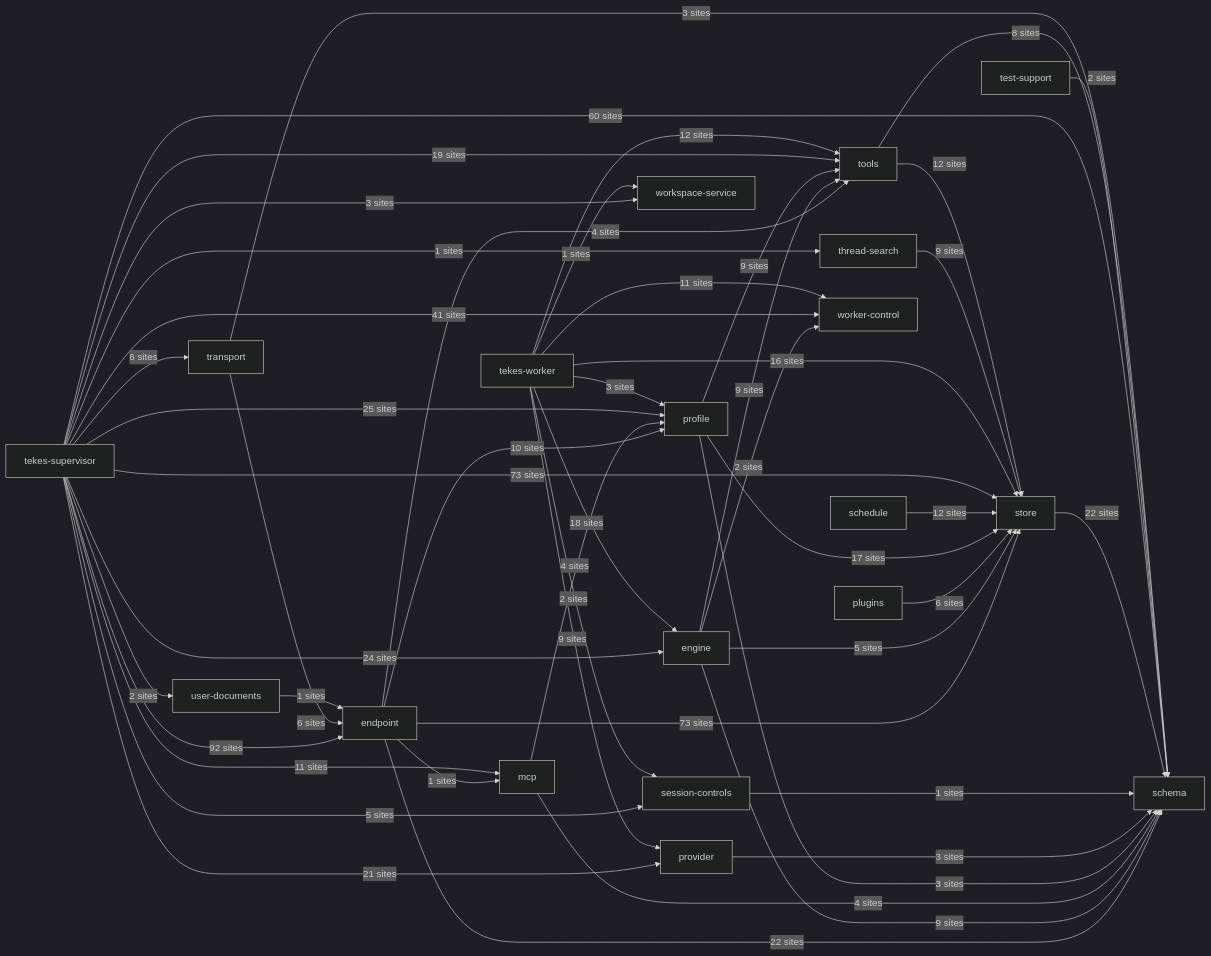
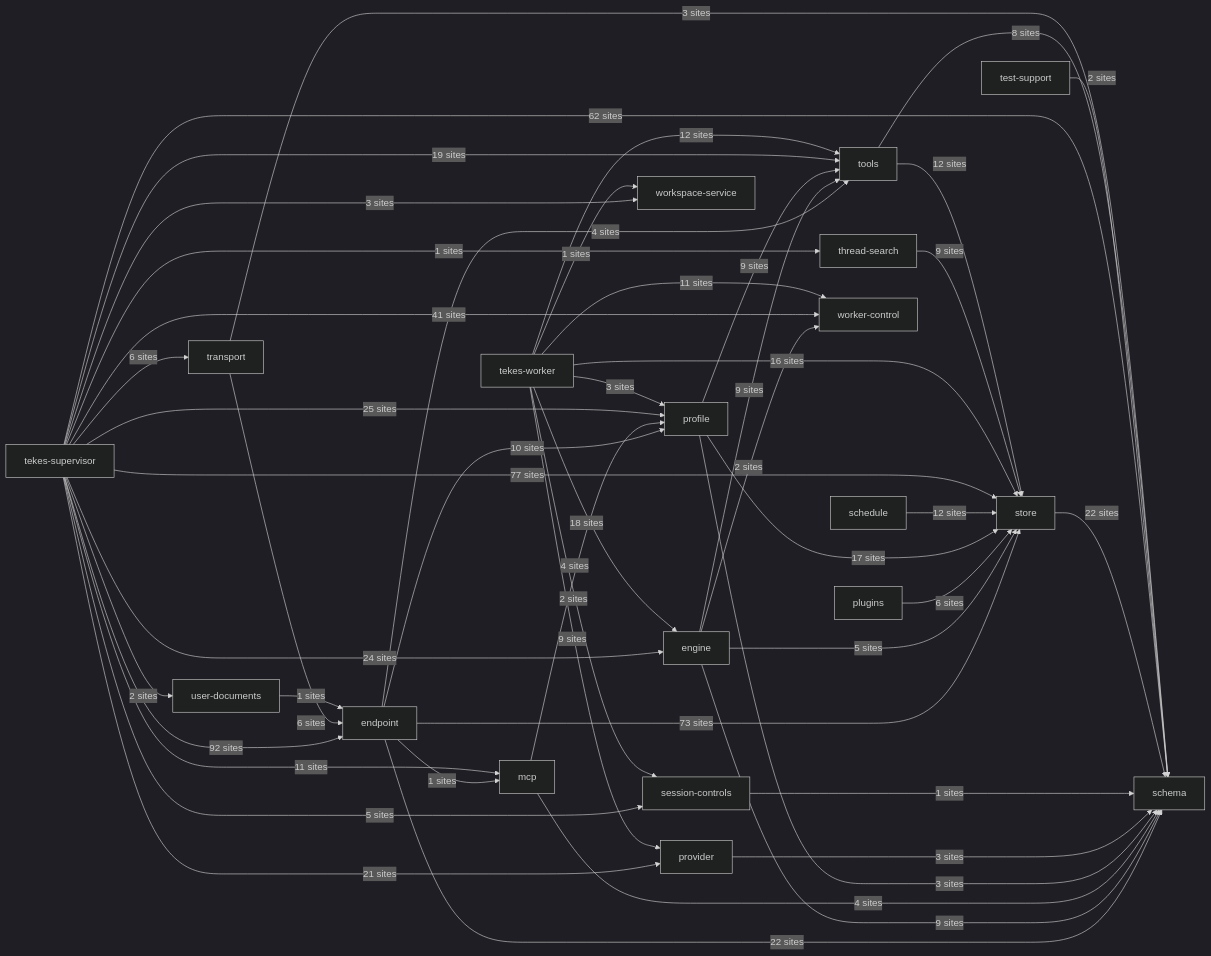
One commit to TekesApps/TekesKernel changed the second of 2 diagrams in docs/architecture/generated/index.md. Above: the diagram before and after it, drawn with Mermaid (dark theme). The commit also changed other lines of this file and 23 other files, not shown here.

````diff
--- a/docs/architecture/generated/index.md
+++ b/docs/architecture/generated/index.md
@@ -149,70 +149,70 @@
 ```mermaid
 flowchart LR
   p1["endpoint"]
   p2["engine"]
   p4["mcp"]
   p5["plugins"]
   p6["profile"]
   p7["provider"]
   p8["schedule"]
   p9["schema"]
   p10["session-controls"]
   p11["store"]
   p12["tekes-supervisor"]
   p13["tekes-worker"]
   p14["test-support"]
   p15["thread-search"]
   p16["tools"]
   p17["transport"]
   p18["user-documents"]
   p19["worker-control"]
   p20["workspace-service"]
   p1 -->|"1 sites"| p4
   p1 -->|"10 sites"| p6
   p1 -->|"22 sites"| p9
   p1 -->|"73 sites"| p11
   p1 -->|"4 sites"| p16
   p2 -->|"9 sites"| p9
   p2 -->|"5 sites"| p11
   p2 -->|"9 sites"| p16
   p2 -->|"2 sites"| p19
   p4 -->|"4 sites"| p6
   p4 -->|"4 sites"| p9
   p5 -->|"6 sites"| p11
   p6 -->|"3 sites"| p9
   p6 -->|"17 sites"| p11
   p6 -->|"9 sites"| p16
   p7 -->|"3 sites"| p9
   p8 -->|"12 sites"| p11
   p10 -->|"1 sites"| p9
   p11 -->|"22 sites"| p9
   p12 -->|"92 sites"| p1
   p12 -->|"24 sites"| p2
   p12 -->|"11 sites"| p4
   p12 -->|"25 sites"| p6
   p12 -->|"21 sites"| p7
-  p12 -->|"60 sites"| p9
+  p12 -->|"62 sites"| p9
   p12 -->|"5 sites"| p10
-  p12 -->|"73 sites"| p11
+  p12 -->|"77 sites"| p11
   p12 -->|"1 sites"| p15
   p12 -->|"19 sites"| p16
   p12 -->|"6 sites"| p17
   p12 -->|"2 sites"| p18
   p12 -->|"41 sites"| p19
   p12 -->|"3 sites"| p20
   p13 -->|"18 sites"| p2
   p13 -->|"3 sites"| p6
   p13 -->|"9 sites"| p7
   p13 -->|"2 sites"| p10
   p13 -->|"16 sites"| p11
   p13 -->|"12 sites"| p16
   p13 -->|"11 sites"| p19
   p13 -->|"1 sites"| p20
   p14 -->|"2 sites"| p9
   p15 -->|"9 sites"| p11
   p16 -->|"8 sites"| p9
   p16 -->|"12 sites"| p11
   p17 -->|"6 sites"| p1
   p17 -->|"3 sites"| p9
   p18 -->|"1 sites"| p1
 ```
````
